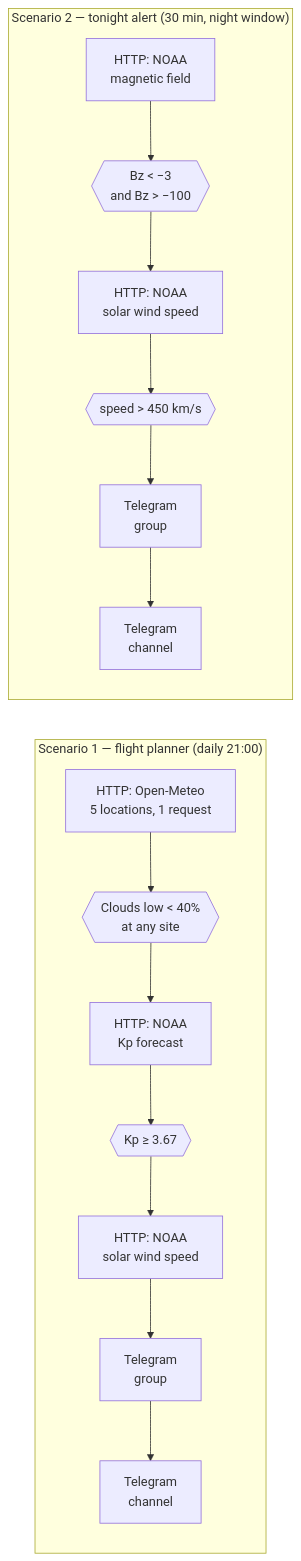
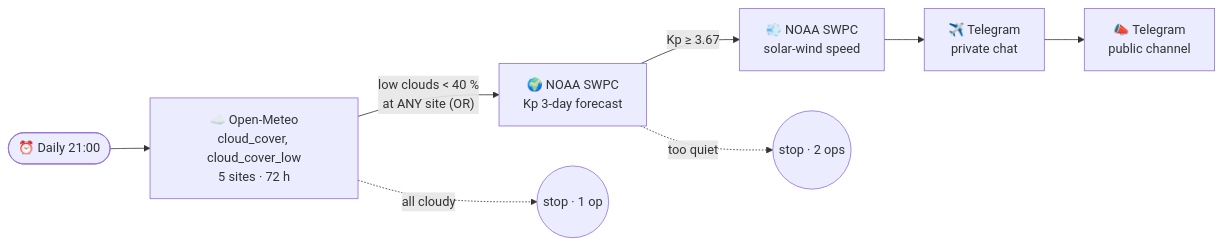
The first of 2 diagrams in README.md (dariiasichynska/aurora-alert), drawn with Mermaid before and after one commit. The commit also changed other lines of this file and 34 other files, not shown here.

````diff
--- a/README.md
+++ b/README.md
@@ -27,13 +34,10 @@
 ```mermaid
 flowchart LR
-  subgraph S1["Scenario 1 — flight planner (daily 21:00)"]
-    A1[HTTP: Open-Meteo<br/>5 locations, 1 request] --> F1{{"Clouds low &lt; 40%<br/>at any site"}}
-    F1 --> A2[HTTP: NOAA<br/>Kp forecast] --> F2{{"Kp ≥ 3.67"}}
-    F2 --> A3[HTTP: NOAA<br/>solar wind speed] --> A4[Telegram<br/>group] --> A5[Telegram<br/>channel]
-  end
-  subgraph S2["Scenario 2 — tonight alert (30 min, night window)"]
-    B1[HTTP: NOAA<br/>magnetic field] --> G1{{"Bz &lt; −3<br/>and Bz &gt; −100"}}
-    G1 --> B2[HTTP: NOAA<br/>solar wind speed] --> G2{{"speed &gt; 450 km/s"}}
-    G2 --> B3[Telegram<br/>group] --> B4[Telegram<br/>channel]
-  end
+    S1([⏰ Daily 21:00]) --> OM[☁️ Open-Meteo<br/>cloud_cover, cloud_cover_low<br/>5 sites · 72 h]
+    OM -->|"low clouds < 40 %<br/>at ANY site (OR)"| KP[🌍 NOAA SWPC<br/>Kp 3-day forecast]
+    OM -.->|all cloudy| X1((stop · 1 op))
+    KP -->|"Kp ≥ 3.67"| SW[💨 NOAA SWPC<br/>solar-wind speed]
+    KP -.->|too quiet| X2((stop · 2 ops))
+    SW --> T1[✈️ Telegram<br/>private chat]
+    T1 --> T2[📣 Telegram<br/>public channel]
 ```
````
